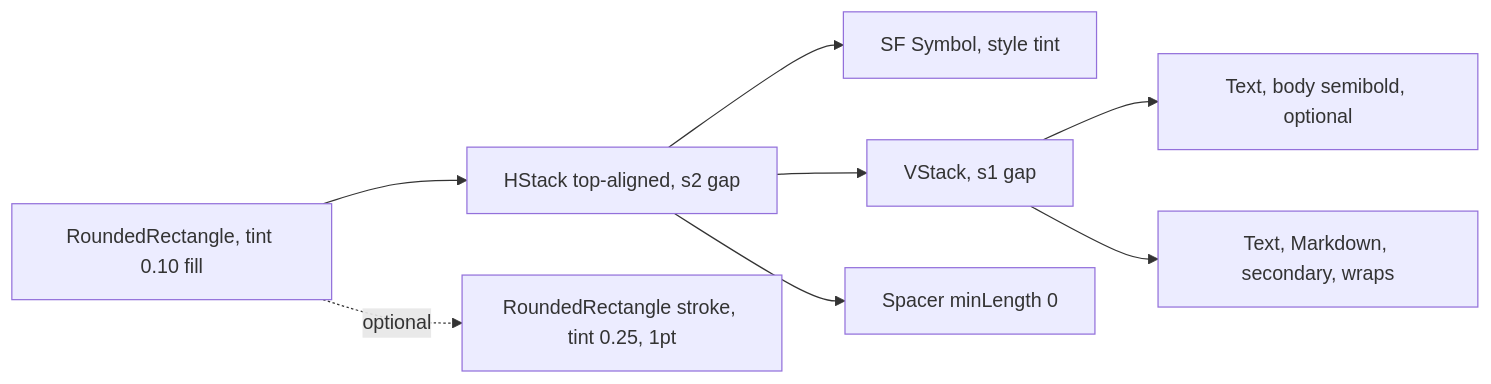
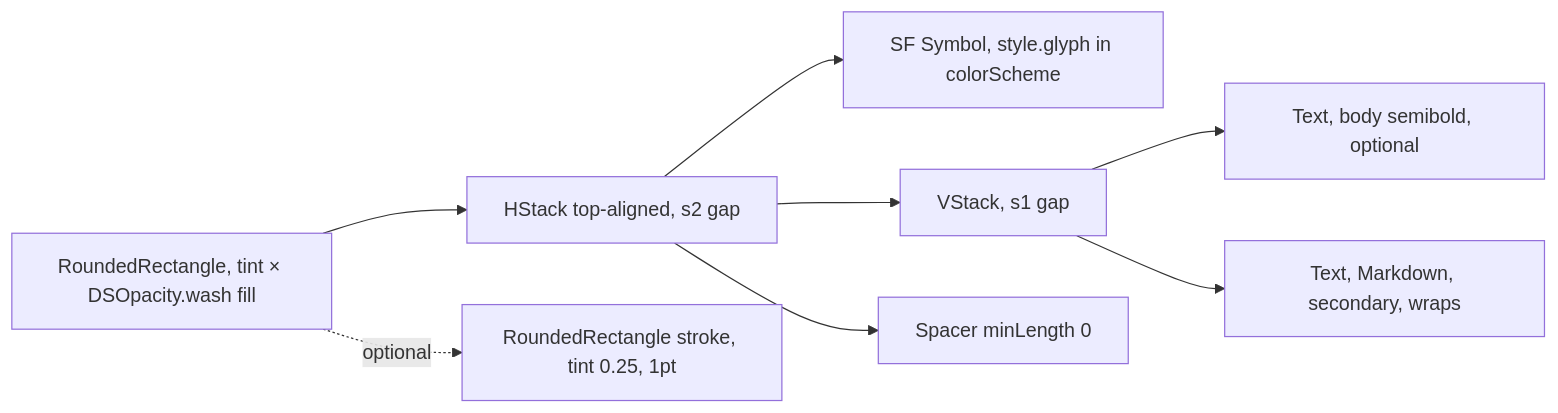
Before and after one commit to MrDemonWolf/wolfwave: the diagram in design-system/components/callout-banner.md, drawn with Mermaid. The commit also changed other lines of this file and 185 other files, not shown here.

````diff
--- a/design-system/components/callout-banner.md
+++ b/design-system/components/callout-banner.md
@@ -45,10 +52,10 @@
 ```mermaid
 graph LR
-  Bg[RoundedRectangle, tint 0.10 fill] --> Row[HStack top-aligned, s2 gap]
-  Row --> Icon[SF Symbol, style tint]
+  Bg[RoundedRectangle, tint × DSOpacity.wash fill] --> Row[HStack top-aligned, s2 gap]
+  Row --> Icon[SF Symbol, style.glyph in colorScheme]
   Row --> Stack[VStack, s1 gap]
   Stack --> Title[Text, body semibold, optional]
   Stack --> Msg[Text, Markdown, secondary, wraps]
   Row --> Spacer[Spacer minLength 0]
   Bg -. optional .-> Stroke[RoundedRectangle stroke, tint 0.25, 1pt]
 ```
````
